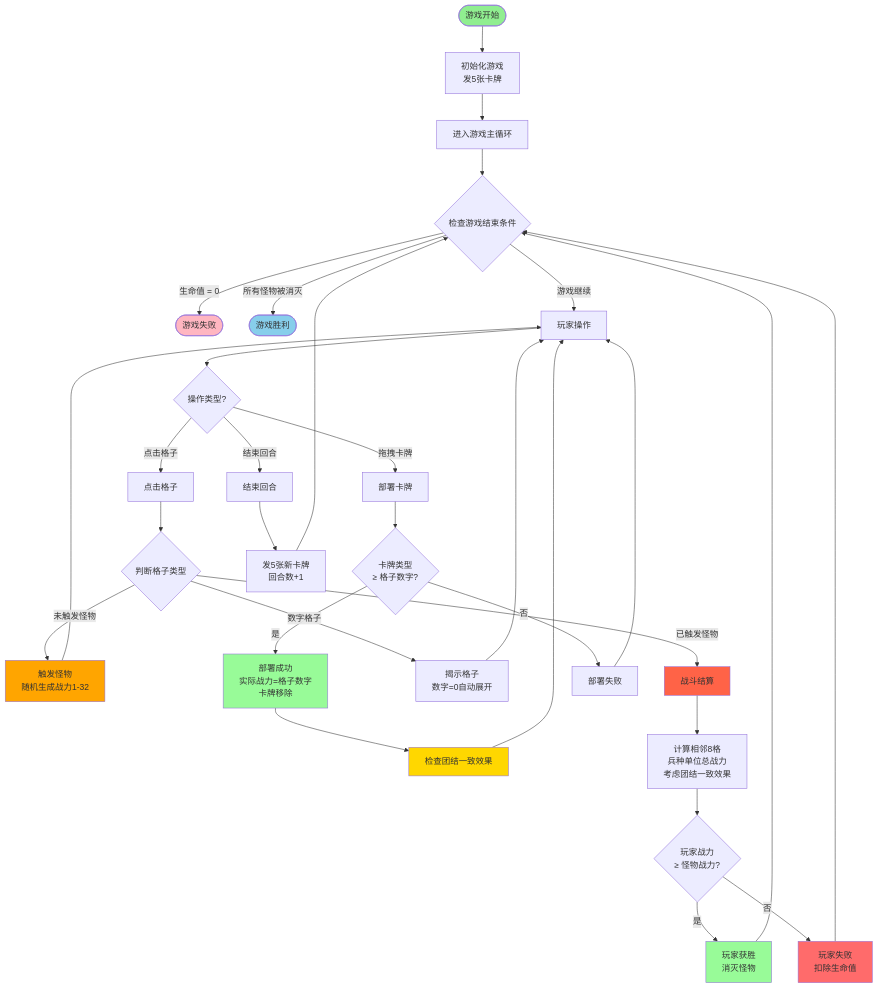
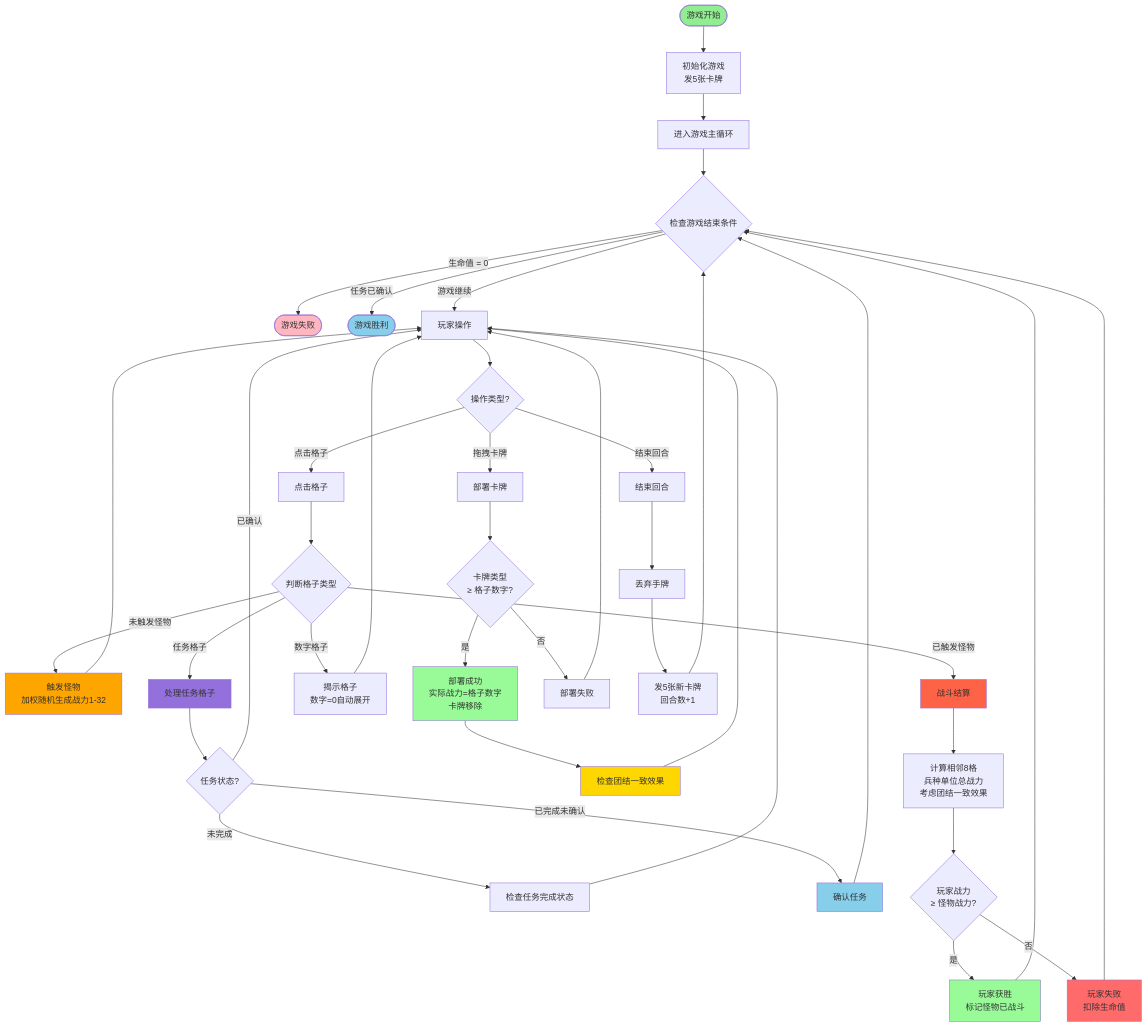
Before and after one commit to JourneyHans/MinefieldBattle: the diagram in doc/流程图.md, drawn with Mermaid. The commit also changed other lines of this file and 5 other files, not shown here.

````diff
--- a/doc/流程图.md
+++ b/doc/流程图.md
@@ -42,57 +48,67 @@
 ```mermaid
 flowchart TD
     Start([游戏开始]) --> InitGame[初始化游戏<br/>发5张卡牌]
     InitGame --> GameLoop[进入游戏主循环]
     
     GameLoop --> CheckGameOver{检查游戏结束条件}
     
     CheckGameOver -->|生命值 = 0| GameFail([游戏失败])
-    CheckGameOver -->|所有怪物被消灭| GameWin([游戏胜利])
+    CheckGameOver -->|任务已确认| GameWin([游戏胜利])
     CheckGameOver -->|游戏继续| PlayerAction[玩家操作]
     
     PlayerAction --> ActionType{操作类型?}
     
     ActionType -->|点击格子| ClickCell[点击格子]
     ActionType -->|拖拽卡牌| DeployCard[部署卡牌]
     ActionType -->|结束回合| EndTurn[结束回合]
     
     ClickCell --> CheckCellType{判断格子类型}
     
-    CheckCellType -->|未触发怪物| TriggerMonster[触发怪物<br/>随机生成战力1-32]
+    CheckCellType -->|未触发怪物| TriggerMonster[触发怪物<br/>加权随机生成战力1-32]
     CheckCellType -->|已触发怪物| BattleSettlement[战斗结算]
+    CheckCellType -->|任务格子| TaskCell[处理任务格子]
     CheckCellType -->|数字格子| RevealCell[揭示格子<br/>数字=0自动展开]
     
     TriggerMonster --> PlayerAction
+    RevealCell --> PlayerAction
     
-    RevealCell --> PlayerAction
+    TaskCell --> TaskState{任务状态?}
+    TaskState -->|未完成| CheckTask[检查任务完成状态]
+    TaskState -->|已完成未确认| ClaimTask[确认任务]
+    TaskState -->|已确认| PlayerAction
+    CheckTask --> PlayerAction
+    ClaimTask --> CheckGameOver
     
     DeployCard --> CheckMatch{卡牌类型<br/>≥ 格子数字?}
     CheckMatch -->|是| DeploySuccess[部署成功<br/>实际战力=格子数字<br/>卡牌移除]
     CheckMatch -->|否| DeployFail[部署失败]
     
     DeploySuccess --> UnityCheck[检查团结一致效果]
     UnityCheck --> PlayerAction
     DeployFail --> PlayerAction
     
-    EndTurn --> DealCards[发5张新卡牌<br/>回合数+1]
+    EndTurn --> DiscardCards[丢弃手牌]
+    DiscardCards --> DealCards[发5张新卡牌<br/>回合数+1]
     DealCards --> CheckGameOver
     
     BattleSettlement --> CalcPlayerPower[计算相邻8格<br/>兵种单位总战力<br/>考虑团结一致效果]
     CalcPlayerPower --> ComparePower{玩家战力<br/>≥ 怪物战力?}
     
-    ComparePower -->|是| PlayerWin[玩家获胜<br/>消灭怪物]
+    ComparePower -->|是| PlayerWin[玩家获胜<br/>标记怪物已战斗]
     ComparePower -->|否| PlayerLose[玩家失败<br/>扣除生命值]
     
     PlayerWin --> CheckGameOver
     PlayerLose --> CheckGameOver
     
     style Start fill:#90EE90
     style GameWin fill:#87CEEB
     style GameFail fill:#FFB6C1
     style TriggerMonster fill:#FFA500
     style BattleSettlement fill:#FF6347
     style PlayerWin fill:#98FB98
     style PlayerLose fill:#FF6B6B
     style DeploySuccess fill:#98FB98
     style UnityCheck fill:#FFD700
+    style TaskCell fill:#9370DB
+    style ClaimTask fill:#87CEEB
 ```
````
